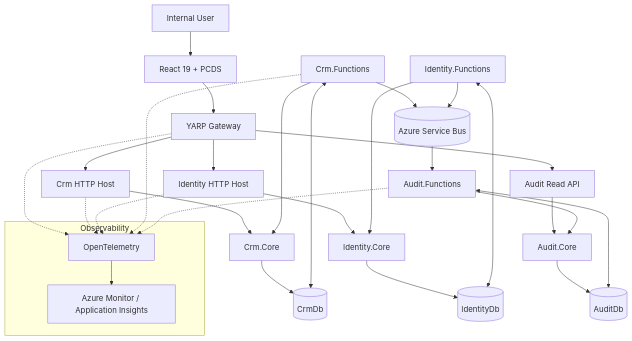
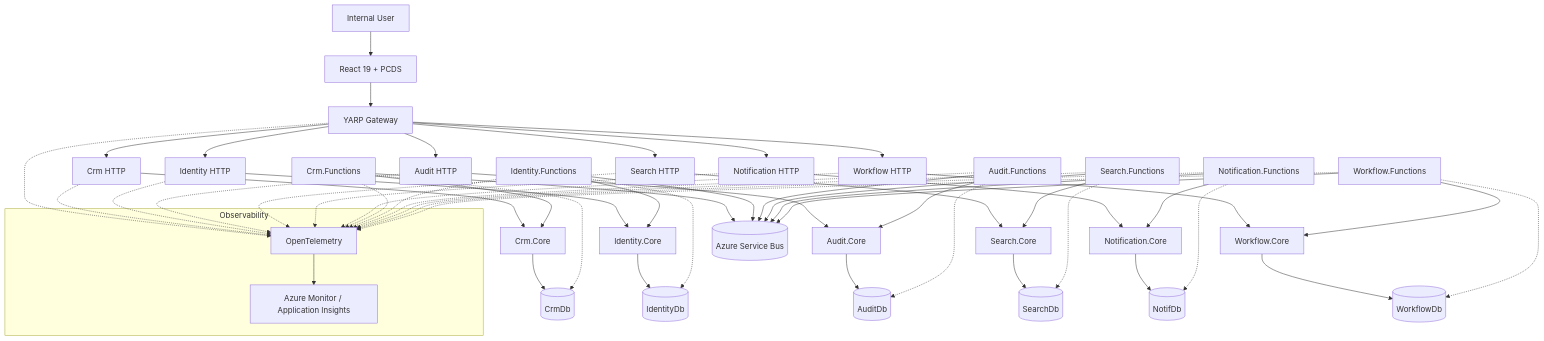
Before and after one commit to Architect4Hire/ProjectChicago: the second of 6 diagrams in docs/design/high-level-design.md, drawn with Mermaid. The commit also changed other lines of this file and 7 other files, not shown here.

````diff
--- a/docs/design/high-level-design.md
+++ b/docs/design/high-level-design.md
@@ -54,40 +54,66 @@
 ```mermaid
 flowchart TB
     User[Internal User] --> Web[React 19 + PCDS]
     Web --> Gateway[YARP Gateway]
 
-    Gateway --> Crm[Crm HTTP Host]
-    Gateway --> Identity[Identity HTTP Host]
-    Gateway --> AuditApi[Audit Read API]
+    Gateway --> Crm[Crm HTTP]
+    Gateway --> Identity[Identity HTTP]
+    Gateway --> Audit[Audit HTTP]
+    Gateway --> Search[Search HTTP]
+    Gateway --> Notification[Notification HTTP]
+    Gateway --> Workflow[Workflow HTTP]
 
     Crm --> CrmCore[Crm.Core]
     Identity --> IdentityCore[Identity.Core]
-    AuditApi --> AuditCore[Audit.Core]
+    Audit --> AuditCore[Audit.Core]
+    Search --> SearchCore[Search.Core]
+    Notification --> NotifCore[Notification.Core]
+    Workflow --> WorkflowCore[Workflow.Core]
 
     CrmCore --> CrmDb[(CrmDb)]
     IdentityCore --> IdentityDb[(IdentityDb)]
     AuditCore --> AuditDb[(AuditDb)]
+    SearchCore --> SearchDb[(SearchDb)]
+    NotifCore --> NotifDb[(NotifDb)]
+    WorkflowCore --> WorkflowDb[(WorkflowDb)]
 
     CrmFn[Crm.Functions] --> CrmCore
     IdentityFn[Identity.Functions] --> IdentityCore
     AuditFn[Audit.Functions] --> AuditCore
+    SearchFn[Search.Functions] --> SearchCore
+    NotifFn[Notification.Functions] --> NotifCore
+    WorkflowFn[Workflow.Functions] --> WorkflowCore
 
-    CrmFn <--> CrmDb
-    IdentityFn <--> IdentityDb
-    AuditFn <--> AuditDb
+    CrmFn -.-> CrmDb
+    IdentityFn -.-> IdentityDb
+    AuditFn -.-> AuditDb
+    SearchFn -.-> SearchDb
+    NotifFn -.-> NotifDb
+    WorkflowFn -.-> WorkflowDb
 
     CrmFn --> Bus[(Azure Service Bus)]
     IdentityFn --> Bus
-    Bus --> AuditFn
+    AuditFn --> Bus
+    SearchFn --> Bus
+    NotifFn --> Bus
+    WorkflowFn --> Bus
 
     subgraph Observability
       OTEL[OpenTelemetry]
       AI[Azure Monitor / Application Insights]
     end
     Gateway -.-> OTEL
     Crm -.-> OTEL
     Identity -.-> OTEL
+    Audit -.-> OTEL
+    Search -.-> OTEL
+    Notification -.-> OTEL
+    Workflow -.-> OTEL
     CrmFn -.-> OTEL
+    IdentityFn -.-> OTEL
     AuditFn -.-> OTEL
+    SearchFn -.-> OTEL
+    NotifFn -.-> OTEL
+    WorkflowFn -.-> OTEL
     OTEL --> AI
 ```
````
